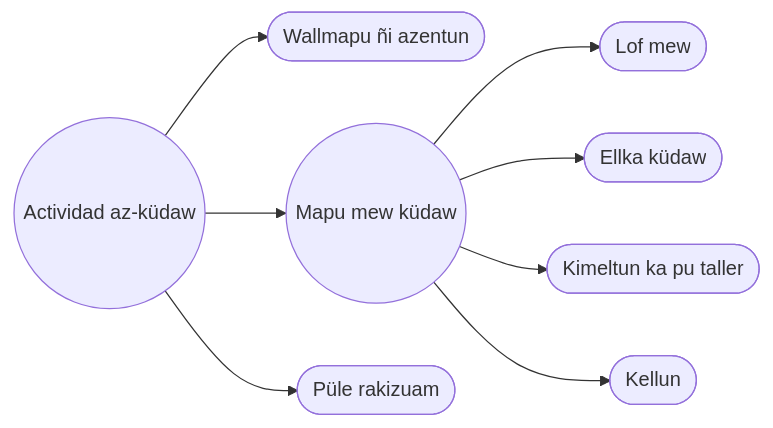
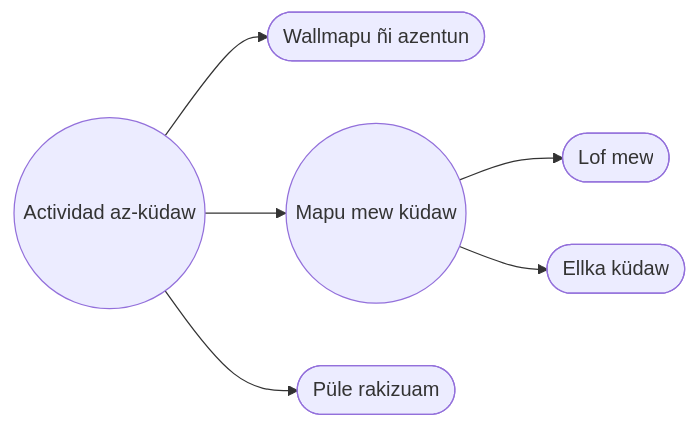
The diagram in MPD/accion.md (EGGS-Artesvisuales/EGGS-Artesvisuales.github.io), drawn with Mermaid before and after one commit.

Commit message:
Remove teaching and services from Mapudungun action diagram

```diff
--- a/MPD/accion.md
+++ b/MPD/accion.md
@@ -15,22 +15,18 @@
 <div class="mermaid">
 flowchart LR
   A((Actividad az-küdaw)) --> B([Wallmapu ñi azentun])
   A --> C((Mapu mew küdaw))
   A --> D([Püle rakizuam])
 
   C --> C1([Lof mew])
   C --> C2([Ellka küdaw])
-  C --> C3([Kimeltun ka pu taller])
-  C --> C4([Kellun])
 
   %% Clicks (todos los nodos clickeables)
   click A "/MPD/index.html" "Amun: Actividad az-küdaw"
   click B "/MPD/mundo-exterior.html" "Amun: Wallmapu ñi azentun"
   click C "/MPD/accion.html" "Amun: Mapu mew küdaw"
   click D "/MPD/interior.html" "Amun: Püle rakizuam"
 
   click C1 "/MPD/comunitario.html" "Amun: Lof mew"
   click C2 "/MPD/subrepticio.html" "Amun: Ellka küdaw"
-  click C3 "/MPD/docencia.html" "Amun: Kimeltun ka pu taller"
-  click C4 "/MPD/servicios.html" "Amun: Kellun"
 </div>
```
